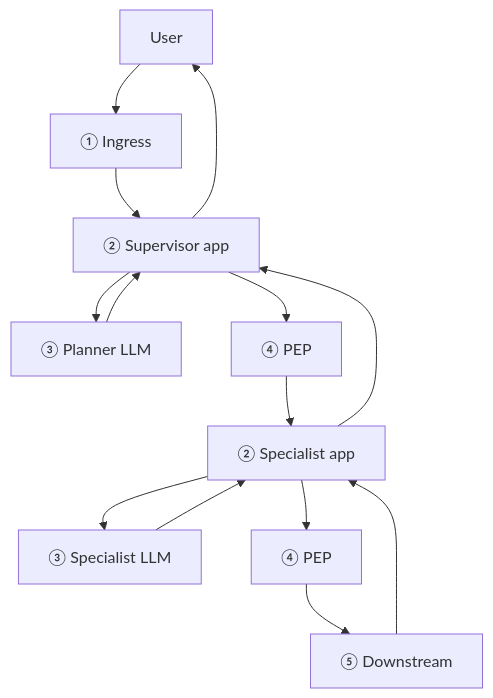
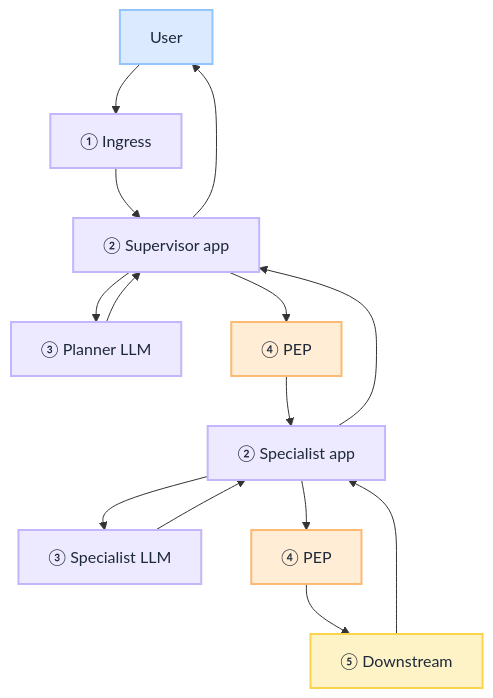
One commit to iamsharmajitender/gain changed the second of 2 diagrams in docs/playbooks/governance/runtime/boundary/overview.mdx. Above: the diagram before and after it, drawn with Mermaid. The commit also changed other lines of this file and 74 other files, not shown here.

````diff
--- a/docs/playbooks/governance/runtime/boundary/overview.mdx
+++ b/docs/playbooks/governance/runtime/boundary/overview.mdx
@@ -93,16 +129,26 @@
 ```mermaid
 flowchart TB
   U[User] --> B1["① Ingress"]
   B1 --> Sup["② Supervisor app"]
   Sup --> M1["③ Planner LLM"]
   M1 --> Sup
   Sup --> B4a["④ PEP"]
   B4a --> A2["② Specialist app"]
   A2 --> M2["③ Specialist LLM"]
   M2 --> A2
   A2 --> B4b["④ PEP"]
   B4b --> B5["⑤ Downstream"]
   B5 --> A2
   A2 --> Sup
   Sup --> U
+
+  classDef actor fill:#dbeafe,stroke:#93c5fd,color:#1e293b,stroke-width:2px
+  classDef process fill:#ede9fe,stroke:#c4b5fd,color:#1e293b,stroke-width:2px
+  classDef gate fill:#ffedd5,stroke:#fdba74,color:#1e293b,stroke-width:2px
+  classDef action fill:#fef3c7,stroke:#fcd34d,color:#1e293b,stroke-width:2px
+
+  class U actor
+  class B1,Sup,M1,A2,M2 process
+  class B4a,B4b gate
+  class B5 action
 ```
````
